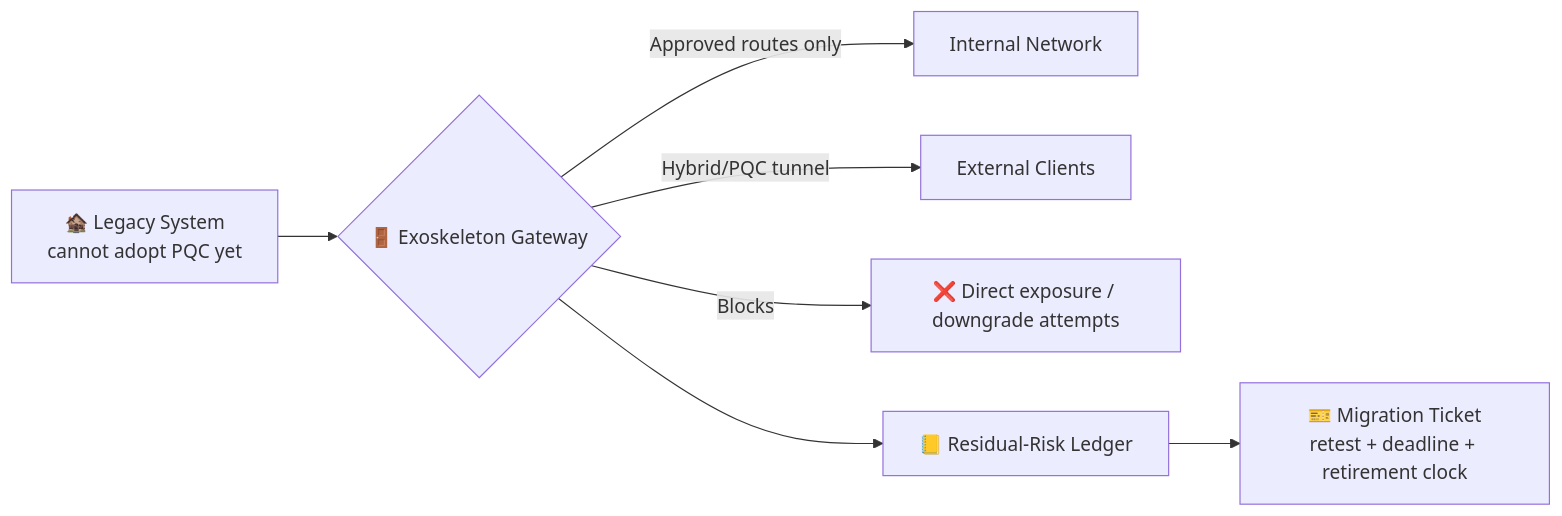
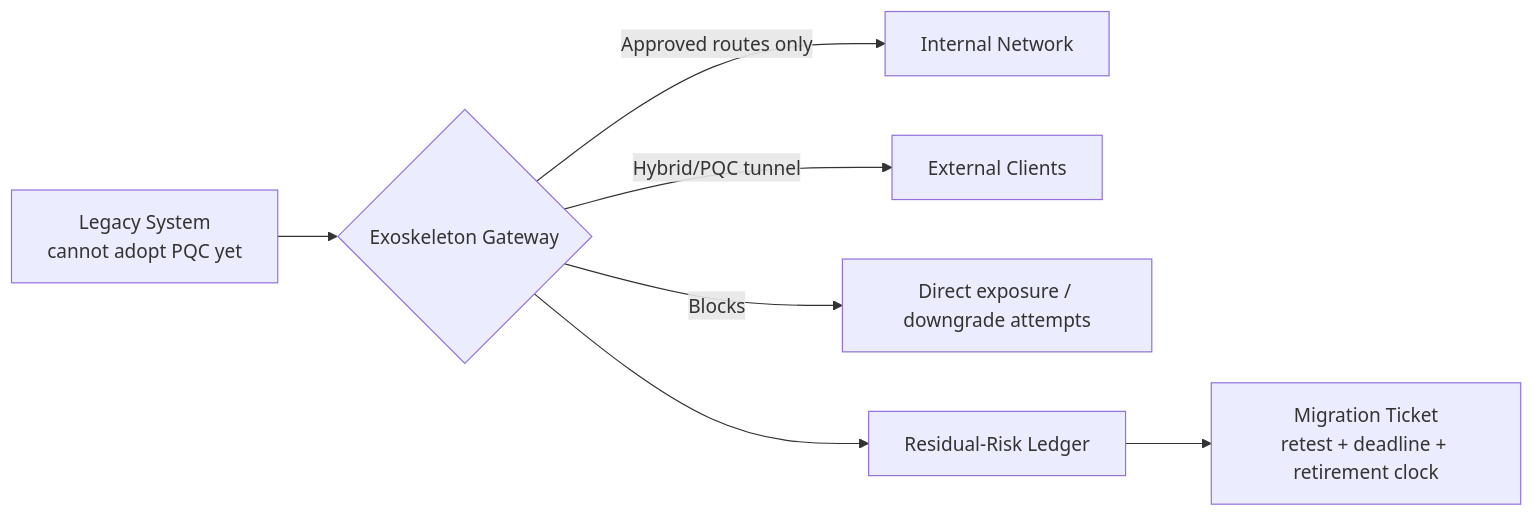
One commit to uttham-g018/GHOSTRAVEN changed the third of 3 diagrams in README.md. Above: the diagram before and after it, drawn with Mermaid. The commit also changed other lines of this file, not shown here.

````diff
--- a/README.md
+++ b/README.md
@@ -181,9 +181,9 @@
 ```mermaid
 flowchart LR
-    Legacy[🏚️ Legacy System<br/>cannot adopt PQC yet] --> Gate{🚪 Exoskeleton Gateway}
+    Legacy[ Legacy System<br/>cannot adopt PQC yet] --> Gate{ Exoskeleton Gateway}
     Gate -->|Approved routes only| Internal[Internal Network]
     Gate -->|Hybrid/PQC tunnel| External[External Clients]
-    Gate -->|Blocks| Bypass[❌ Direct exposure / downgrade attempts]
-    Gate --> Ledger[📒 Residual-Risk Ledger]
-    Ledger --> Ticket[🎫 Migration Ticket<br/>retest + deadline + retirement clock]
+    Gate -->|Blocks| Bypass[ Direct exposure / downgrade attempts]
+    Gate --> Ledger[ Residual-Risk Ledger]
+    Ledger --> Ticket[ Migration Ticket<br/>retest + deadline + retirement clock]
 ```
````
